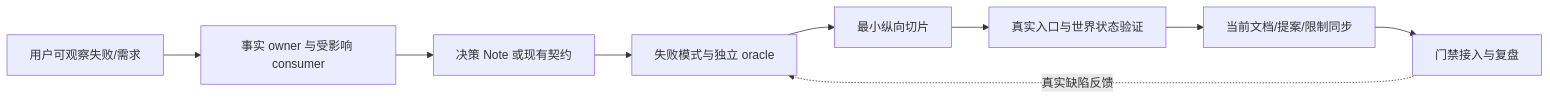
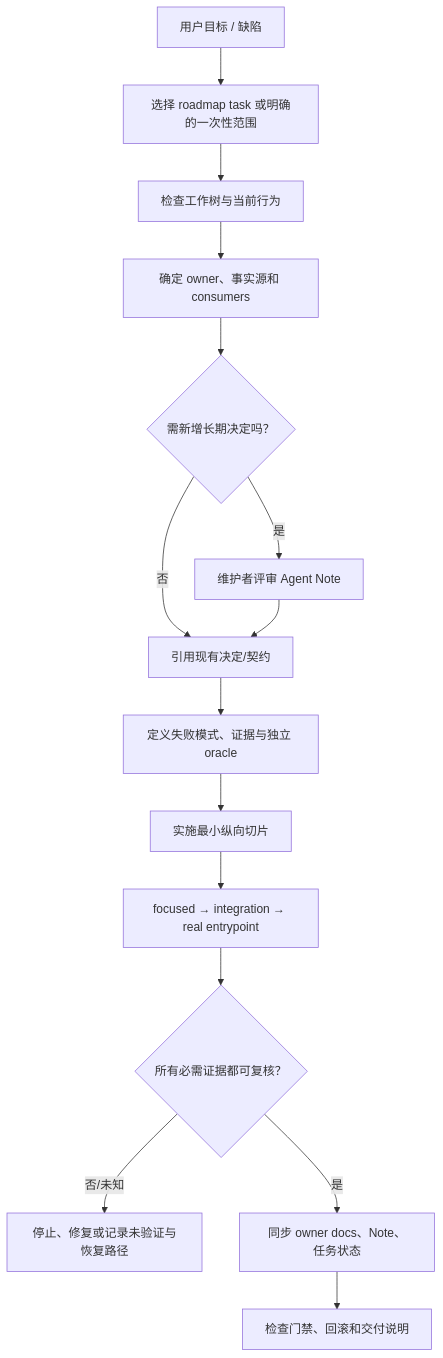
Before and after one commit to Cainheart/tracegraph-agent: the diagram in docs/outlive-agent-v2/02-repository-governance/04-engineering-sop.md, drawn with Mermaid. The commit also changed other lines of this file and 35 other files, not shown here.

First line of the commit message:
docs(architecture): 以 Agent Runtime 与 Session/Evidence 取代三平面模型

````diff
--- a/docs/outlive-agent-v2/02-repository-governance/04-engineering-sop.md
+++ b/docs/outlive-agent-v2/02-repository-governance/04-engineering-sop.md
@@ -17,11 +19,17 @@
 ```mermaid
-flowchart LR
-  F[用户可观察失败/需求] --> O[事实 owner 与受影响 consumer]
-  O --> N[决策 Note 或现有契约]
-  N --> V[失败模式与独立 oracle]
-  V --> S[最小纵向切片]
-  S --> E[真实入口与世界状态验证]
-  E --> D[当前文档/提案/限制同步]
-  D --> G[门禁接入与复盘]
-  G -.真实缺陷反馈.-> V
+flowchart TB
+  R[用户目标 / 缺陷] --> T[选择 roadmap task 或明确的一次性范围]
+  T --> W[检查工作树与当前行为]
+  W --> O[确定 owner、事实源和 consumers]
+  O --> N{需新增长期决定吗？}
+  N -->|是| A[维护者评审 Agent Note]
+  N -->|否| C[引用现有决定/契约]
+  A --> C
+  C --> F[定义失败模式、证据与独立 oracle]
+  F --> S[实施最小纵向切片]
+  S --> V[focused → integration → real entrypoint]
+  V --> Q{所有必需证据都可复核？}
+  Q -->|否/未知| H[停止、修复或记录未验证与恢复路径]
+  Q -->|是| D[同步 owner docs、Note、任务状态]
+  D --> G[检查门禁、回滚和交付说明]
 ```
````
